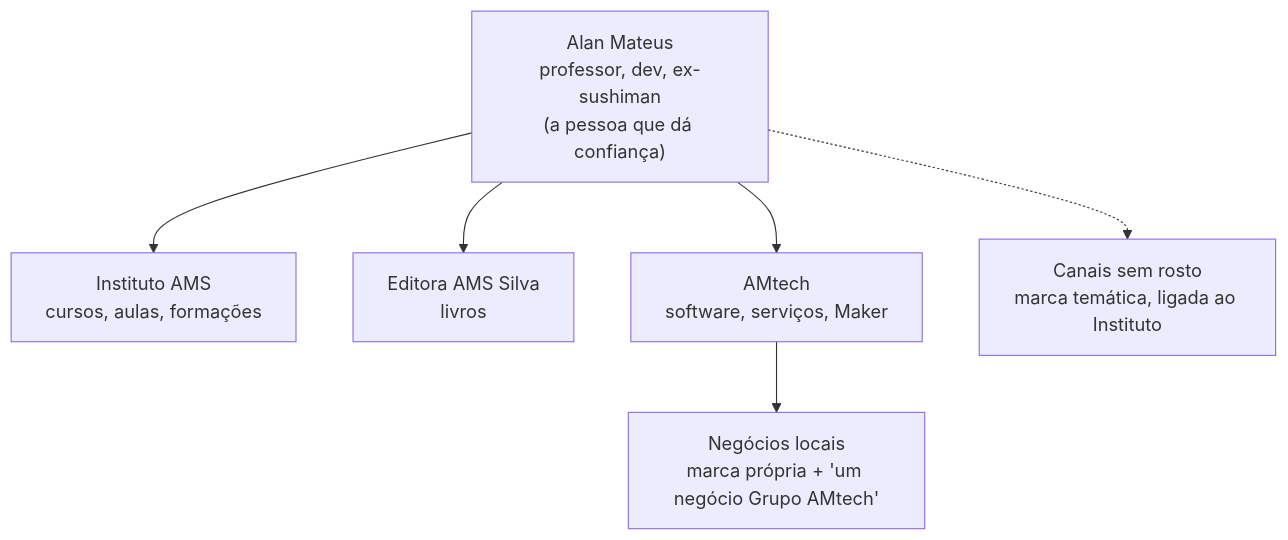
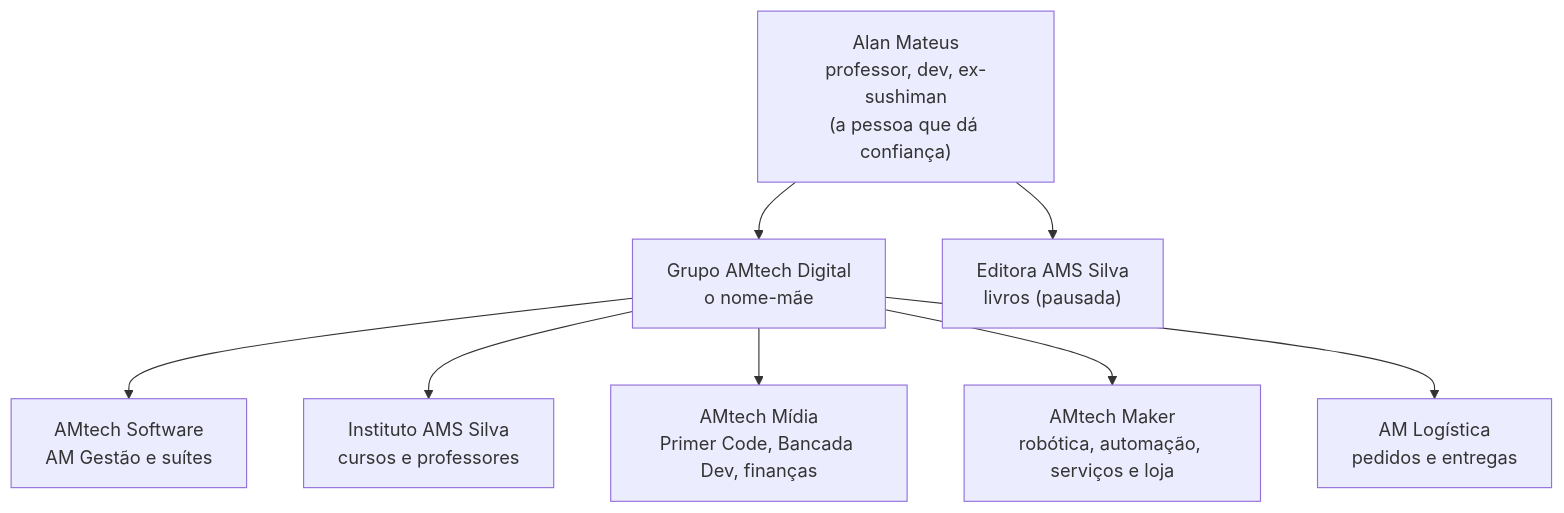
One commit to AlanMateus17/dev-setup changed the diagram in docs/operacao/02-marca-e-presenca.md. Above: the diagram before and after it, drawn with Mermaid. The commit also changed other lines of this file and 78 other files, not shown here.

````diff
--- a/docs/operacao/02-marca-e-presenca.md
+++ b/docs/operacao/02-marca-e-presenca.md
@@ -9,9 +9,11 @@
 ```mermaid
 flowchart TB
   AM["Alan Mateus<br/>professor, dev, ex-sushiman<br/>(a pessoa que dá confiança)"]
-  AM --> IA["Instituto AMS<br/>cursos, aulas, formações"]
-  AM --> ED["Editora AMS Silva<br/>livros"]
-  AM --> AT["AMtech<br/>software, serviços, Maker"]
-  AT --> LO["Negócios locais<br/>marca própria + 'um negócio Grupo AMtech'"]
-  AM -.-> DK["Canais sem rosto<br/>marca temática, ligada ao Instituto"]
+  AM --> G["Grupo AMtech Digital<br/>o nome-mãe"]
+  G --> SW["AMtech Software<br/>AM Gestão e suítes"]
+  G --> IN["Instituto AMS Silva<br/>cursos e professores"]
+  G --> MD["AMtech Mídia<br/>Primer Code, Bancada Dev, finanças"]
+  G --> MK["AMtech Maker<br/>robótica, automação, serviços e loja"]
+  G --> LG["AM Logística<br/>pedidos e entregas"]
+  AM --> ED["Editora AMS Silva<br/>livros (pausada)"]
 ```
````
